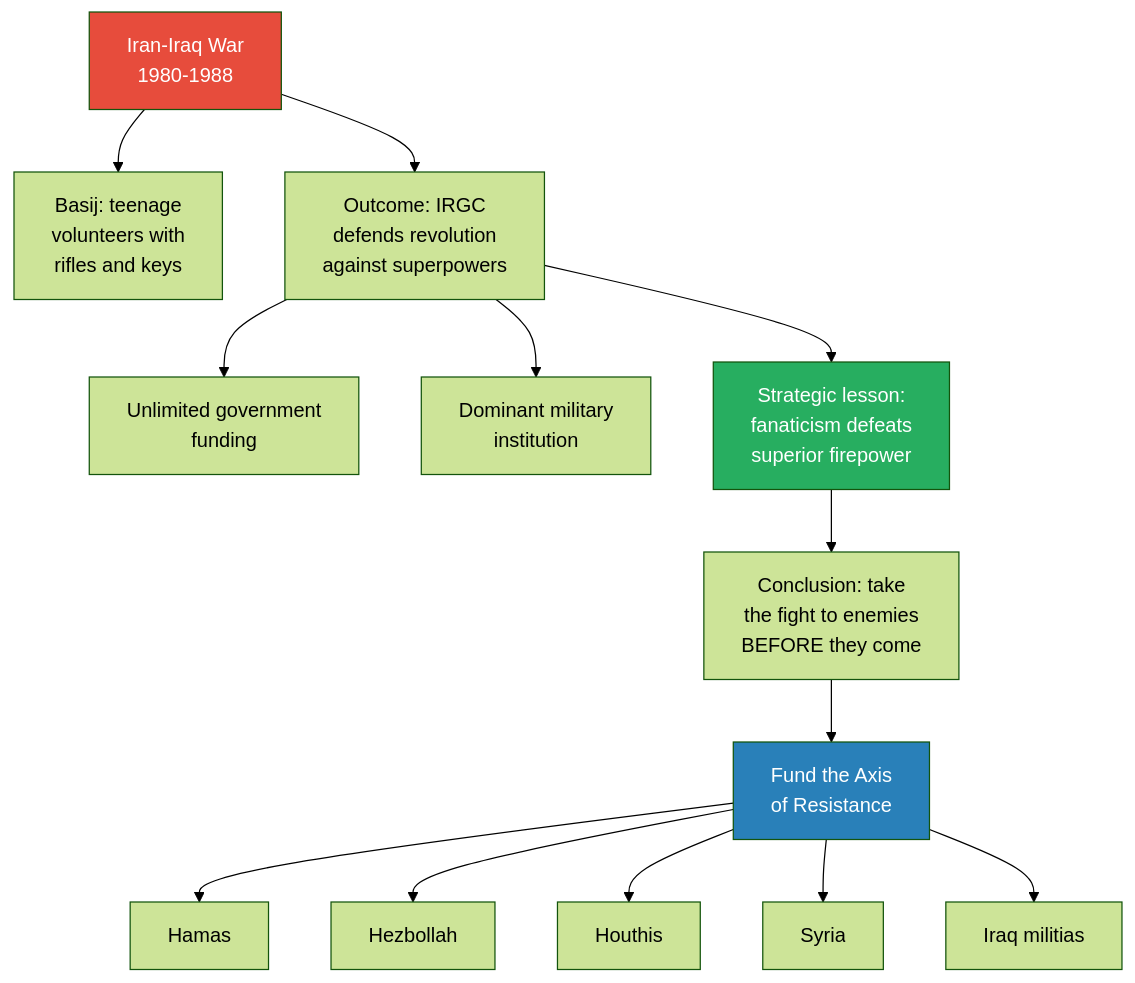
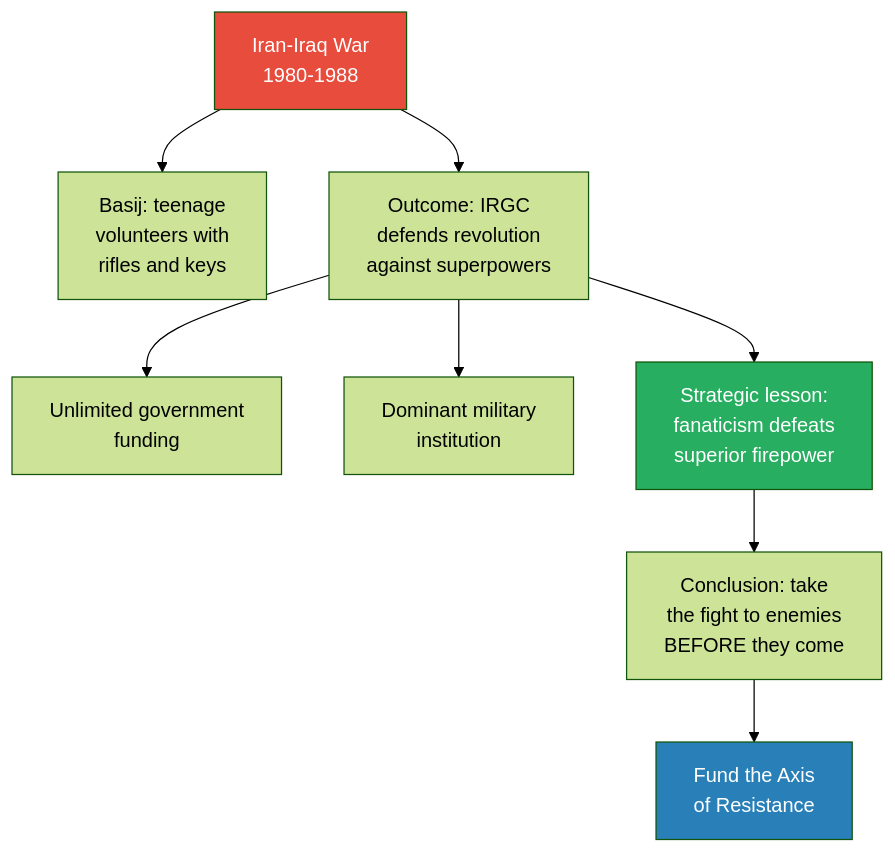
Before and after one commit to alius33/reader: the fifth of 8 diagrams in summaries/Lectures/Geo-Strategy/07 - Who Killed Iranian President Ebrahim Raisi.md, drawn with Mermaid (forest theme). The commit also changed other lines of this file and 26 other files, not shown here.

````diff
--- a/summaries/Lectures/Geo-Strategy/07 - Who Killed Iranian President Ebrahim Raisi.md
+++ b/summaries/Lectures/Geo-Strategy/07 - Who Killed Iranian President Ebrahim Raisi.md
@@ -423,18 +251,13 @@
 ```mermaid
 flowchart TB
     W["Iran-Iraq War<br/>1980-1988"] --> B["Basij: teenage<br/>volunteers with<br/>rifles and keys"]
     W --> O["Outcome: IRGC<br/>defends revolution<br/>against superpowers"]
     O --> P1["Unlimited government<br/>funding"]
     O --> P2["Dominant military<br/>institution"]
     O --> P3["Strategic lesson:<br/>fanaticism defeats<br/>superior firepower"]
     P3 --> C["Conclusion: take<br/>the fight to enemies<br/>BEFORE they come"]
     C --> AOR["Fund the Axis<br/>of Resistance"]
-    AOR --> H["Hamas"]
-    AOR --> HZ["Hezbollah"]
-    AOR --> HO["Houthis"]
-    AOR --> SY["Syria"]
-    AOR --> IQ["Iraq militias"]
     style W fill:#e74c3c,color:#fff
     style P3 fill:#27ae60,color:#fff
     style AOR fill:#2980b9,color:#fff
 ```
````
